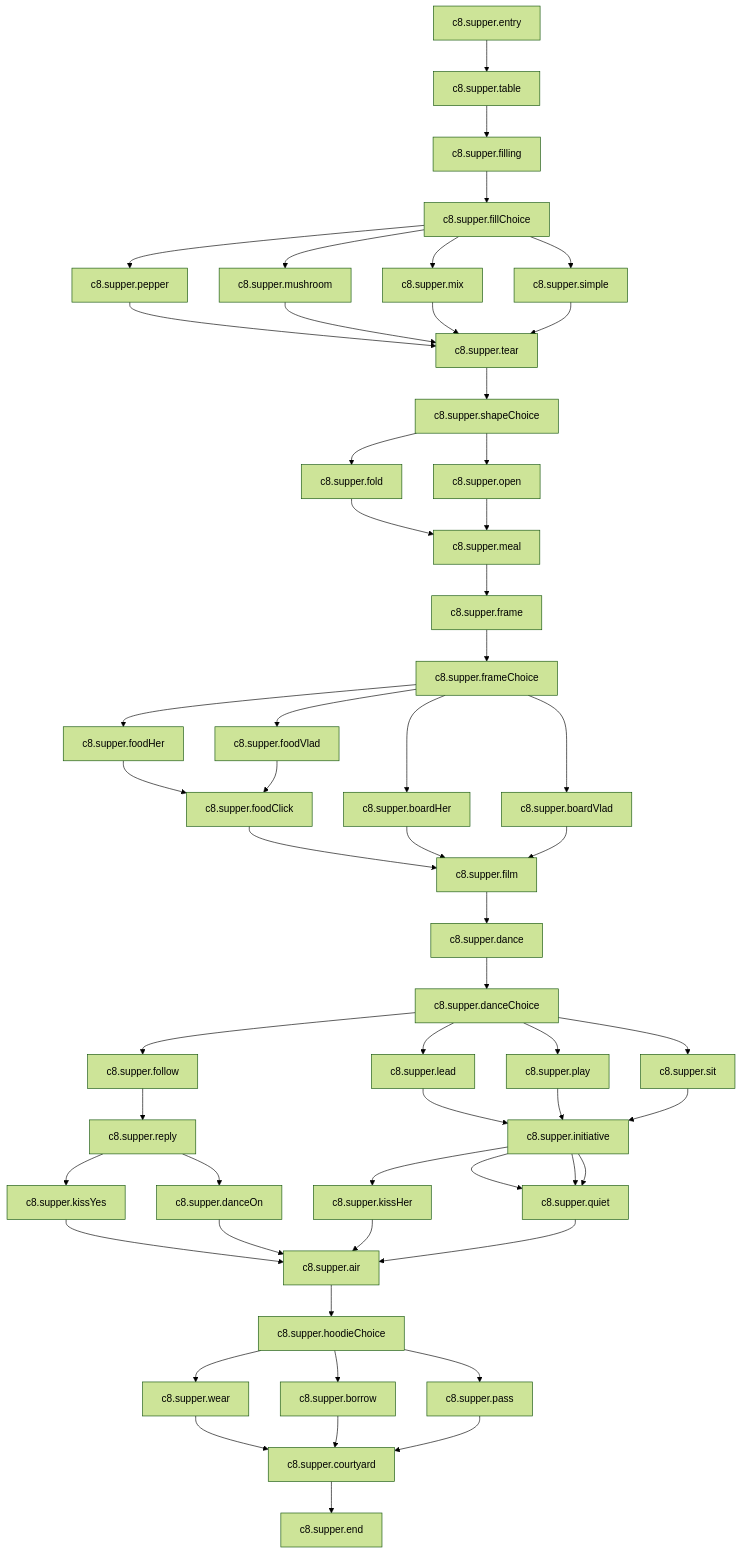
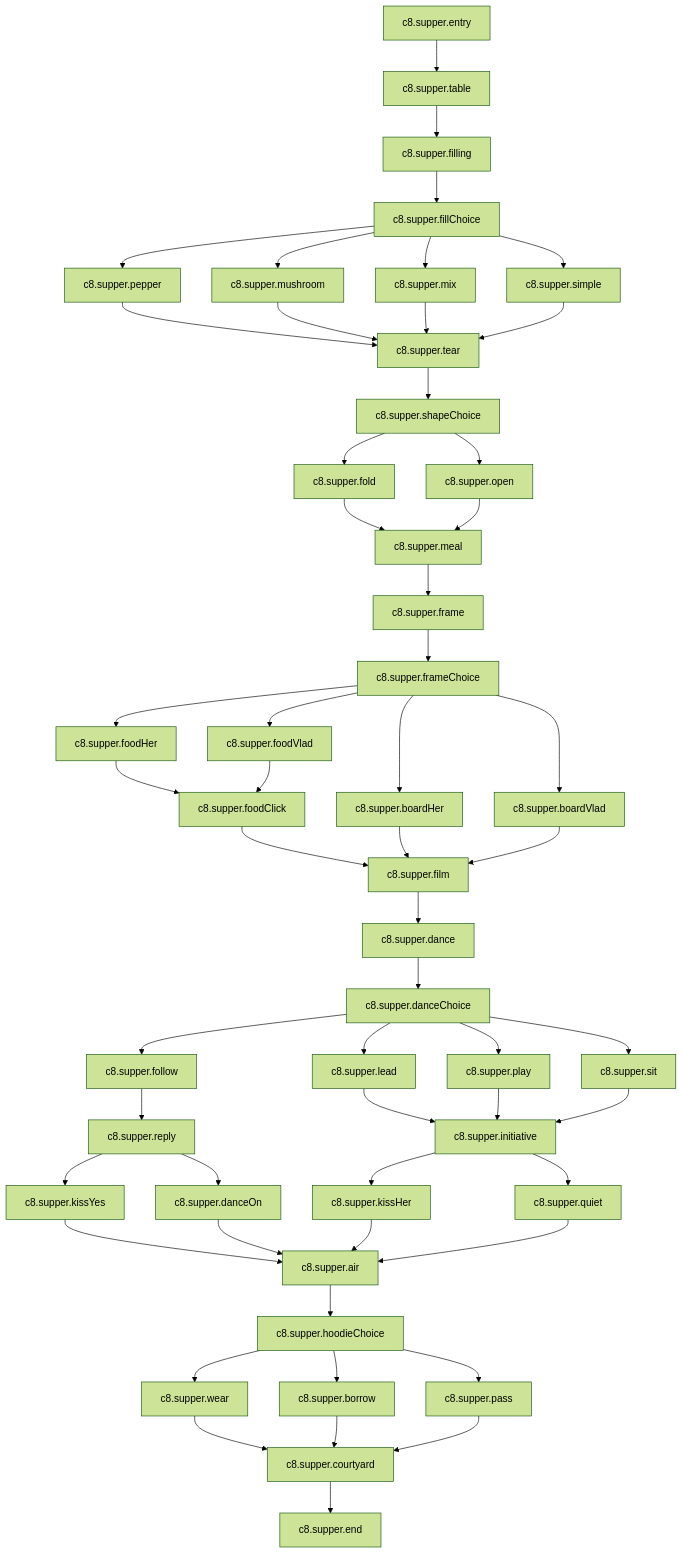
One commit to vlad28x/our-little-story changed the diagram in outputs/CHAPTER_08_SCRIPT.md. Above: the diagram before and after it, drawn with Mermaid (forest theme). The commit also changed other lines of this file and 97 other files, not shown here.

```diff
--- a/outputs/CHAPTER_08_SCRIPT.md
+++ b/outputs/CHAPTER_08_SCRIPT.md
@@ -80,8 +80,6 @@
   c8.supper.initiative
   c8.supper.initiative --> c8.supper.kissHer
   c8.supper.initiative --> c8.supper.quiet
-  c8.supper.initiative --> c8.supper.quiet
-  c8.supper.initiative --> c8.supper.quiet
   c8.supper.kissHer
   c8.supper.kissHer --> c8.supper.air
   c8.supper.quiet
```
